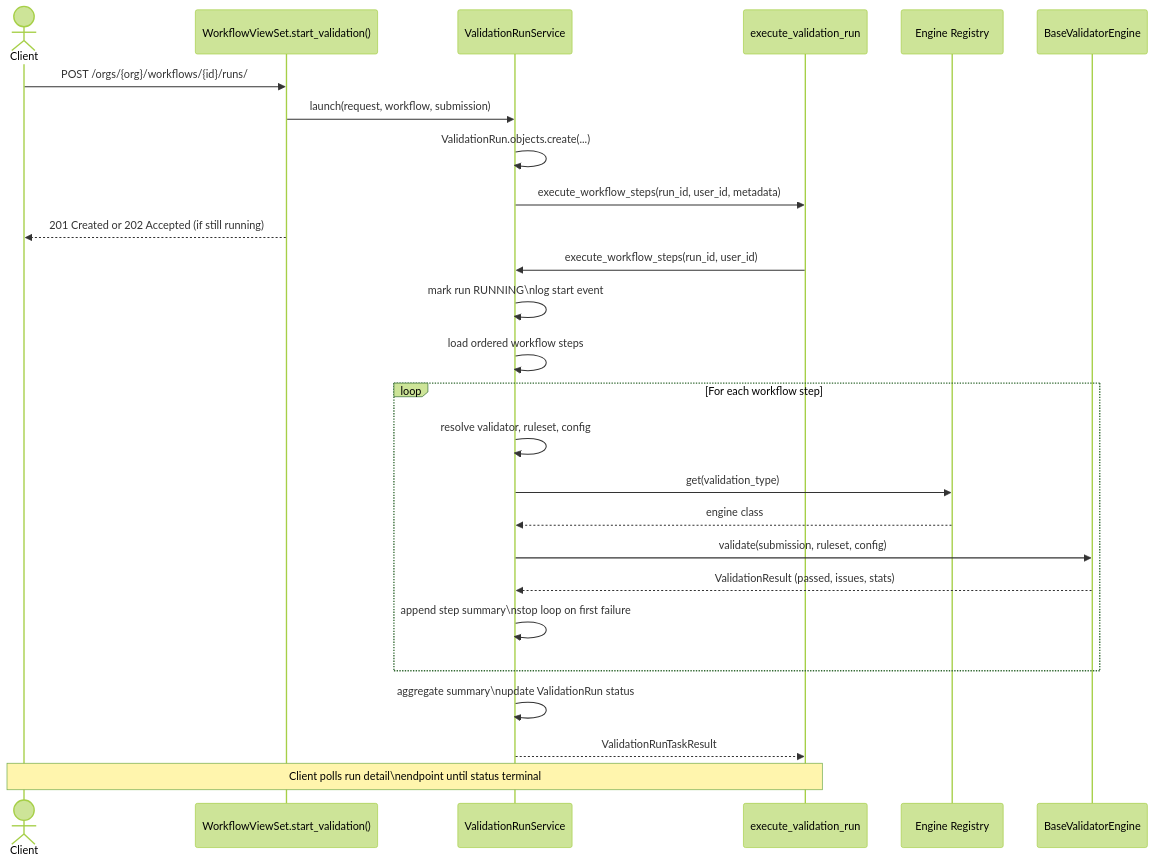
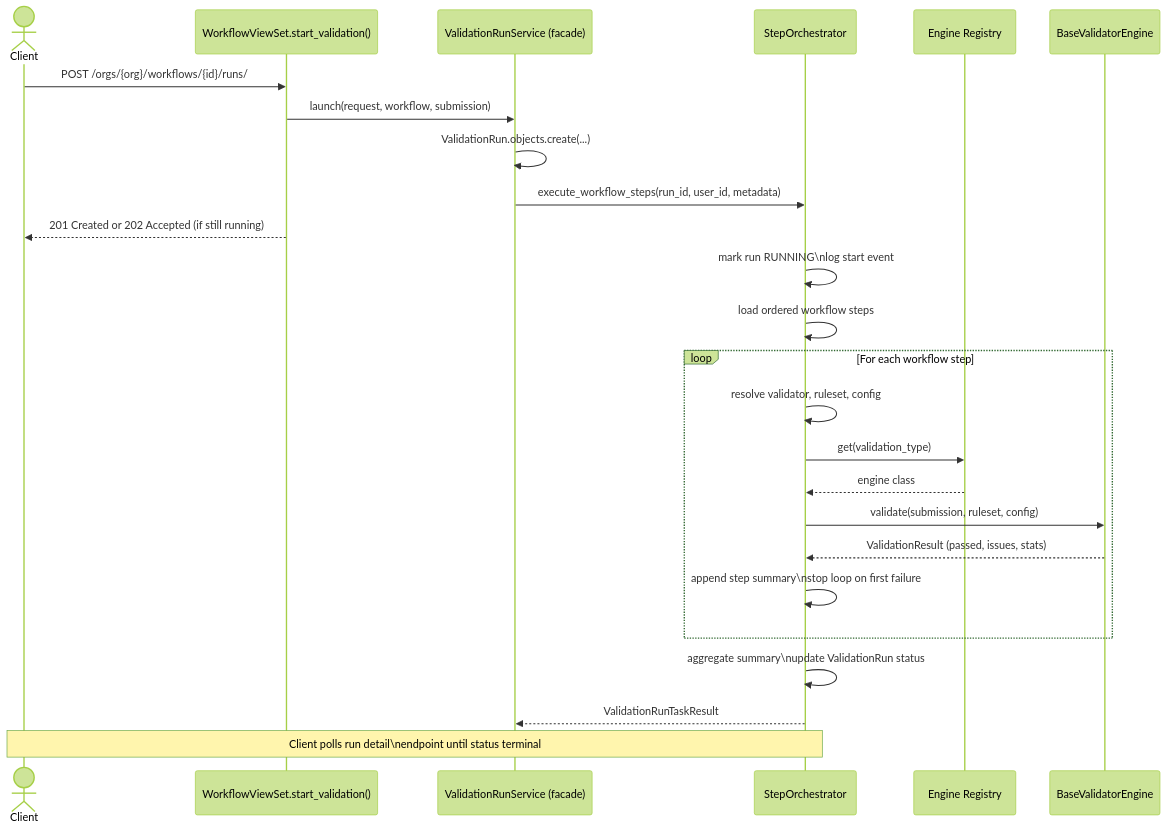
The diagram in docs/dev_docs/overview/how_it_works.md (danielmcquillen/validibot), drawn with Mermaid (forest theme) before and after one commit. The commit also changed other lines of this file and 13 other files, not shown here.

````diff
--- a/docs/dev_docs/overview/how_it_works.md
+++ b/docs/dev_docs/overview/how_it_works.md
@@ -267,32 +270,31 @@
 ```mermaid
 sequenceDiagram
     actor Client
     participant API as WorkflowViewSet.start_validation()
-    participant Service as ValidationRunService
-    participant Worker as execute_validation_run
+    participant Facade as ValidationRunService (facade)
+    participant Orch as StepOrchestrator
     participant Registry as Engine Registry
     participant Engine as BaseValidatorEngine
 
     Client->>API: POST /orgs/{org}/workflows/{id}/runs/
-    API->>Service: launch(request, workflow, submission)
-    Service->>Service: ValidationRun.objects.create(...)
-    Service->>Worker: execute_workflow_steps(run_id, user_id, metadata)
+    API->>Facade: launch(request, workflow, submission)
+    Facade->>Facade: ValidationRun.objects.create(...)
+    Facade->>Orch: execute_workflow_steps(run_id, user_id, metadata)
     API-->>Client: 201 Created or 202 Accepted (if still running)
 
-    Worker->>Service: execute_workflow_steps(run_id, user_id)
-    Service->>Service: mark run RUNNING\nlog start event
-    Service->>Service: load ordered workflow steps
+    Orch->>Orch: mark run RUNNING\nlog start event
+    Orch->>Orch: load ordered workflow steps
 
     loop For each workflow step
-        Service->>Service: resolve validator, ruleset, config
-        Service->>Registry: get(validation_type)
-        Registry-->>Service: engine class
-        Service->>Engine: validate(submission, ruleset, config)
-        Engine-->>Service: ValidationResult (passed, issues, stats)
-        Service->>Service: append step summary\nstop loop on first failure
+        Orch->>Orch: resolve validator, ruleset, config
+        Orch->>Registry: get(validation_type)
+        Registry-->>Orch: engine class
+        Orch->>Engine: validate(submission, ruleset, config)
+        Engine-->>Orch: ValidationResult (passed, issues, stats)
+        Orch->>Orch: append step summary\nstop loop on first failure
     end
 
-    Service->>Service: aggregate summary\nupdate ValidationRun status
-    Service-->>Worker: ValidationRunTaskResult
-    note over Client,Worker: Client polls run detail\nendpoint until status terminal
+    Orch->>Orch: aggregate summary\nupdate ValidationRun status
+    Orch-->>Facade: ValidationRunTaskResult
+    note over Client,Orch: Client polls run detail\nendpoint until status terminal
 ```
````
